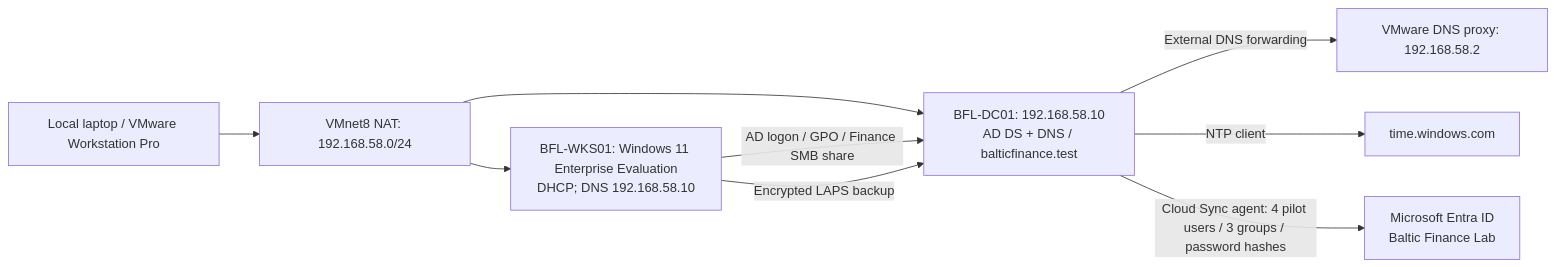
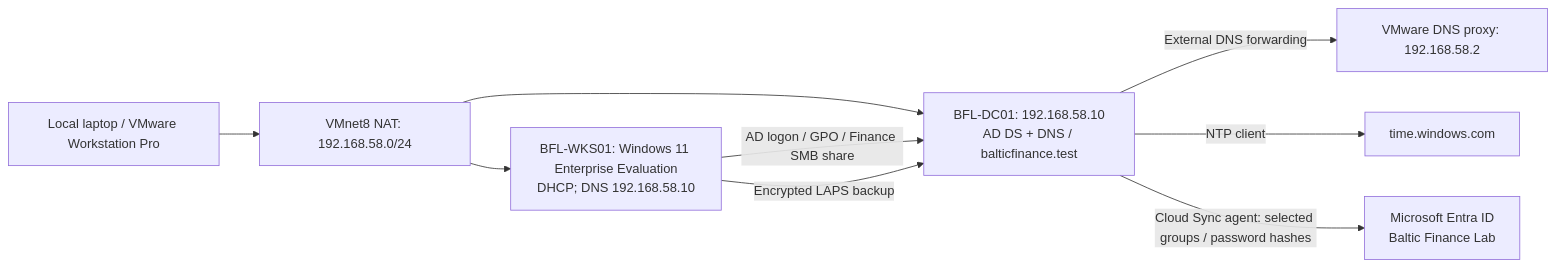
Before and after one commit to krzysztof-szot/hybrid-enterprise-security-project: the diagram in README.md, drawn with Mermaid. The commit also changed other lines of this file and 6 other files, not shown here.

Commit message:
Document Day 05 Cloud Sync scope troubleshooting and disable propagation

````diff
--- a/README.md
+++ b/README.md
@@ -25,11 +26,11 @@
 ```mermaid
 flowchart LR
     Host["Local laptop / VMware Workstation Pro"] --> NAT["VMnet8 NAT: 192.168.58.0/24"]
     NAT --> DC["BFL-DC01: 192.168.58.10\nAD DS + DNS / balticfinance.test"]
     NAT --> WKS["BFL-WKS01: Windows 11 Enterprise Evaluation\nDHCP; DNS 192.168.58.10"]
     WKS -->|"AD logon / GPO / Finance SMB share"| DC
     DC -->|"External DNS forwarding"| DNS["VMware DNS proxy: 192.168.58.2"]
     DC -->|"NTP client"| NTP["time.windows.com"]
     WKS -->|"Encrypted LAPS backup"| DC
-    DC -->|"Cloud Sync agent: 4 pilot users / 3 groups / password hashes"| Entra["Microsoft Entra ID\nBaltic Finance Lab"]
+    DC -->|"Cloud Sync agent: selected groups / password hashes"| Entra["Microsoft Entra ID\nBaltic Finance Lab"]
 ```
````
